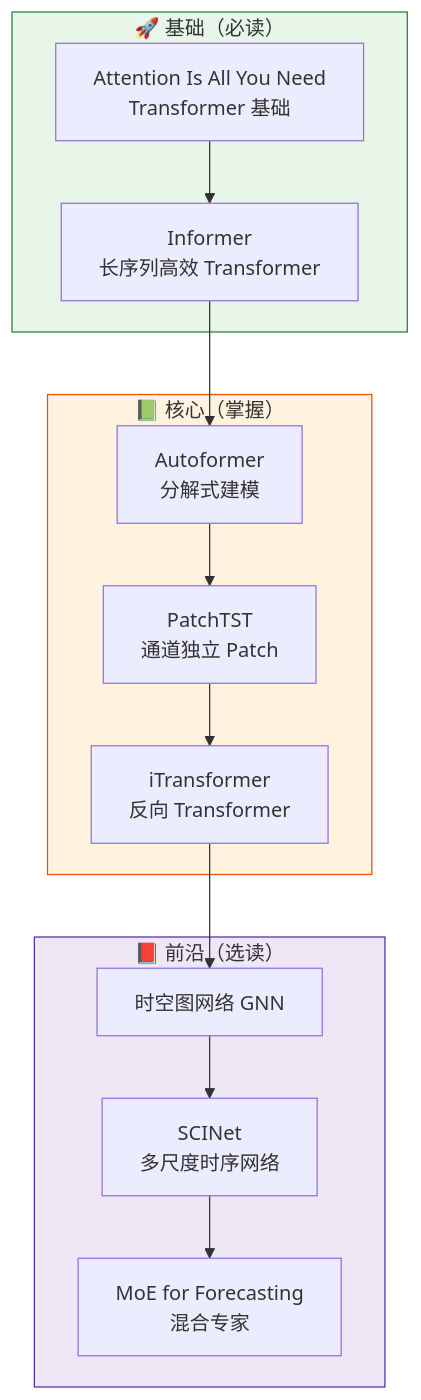
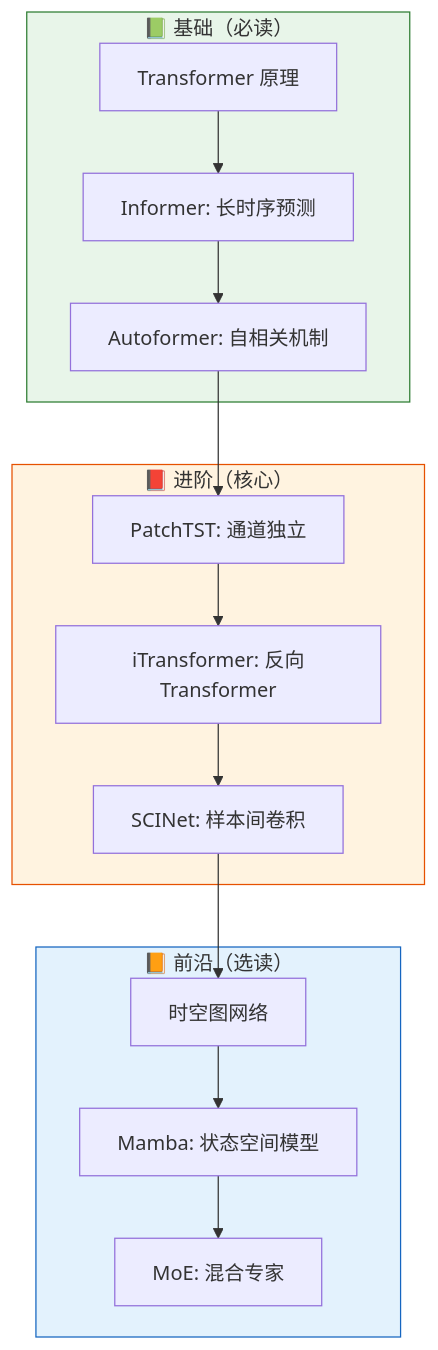
One commit to GroupeChou/paper-learning-hub changed the diagram in site/docs/tracks/forecasting/index.md. Above: the diagram before and after it, drawn with Mermaid. The commit also changed other lines of this file and 65 other files, not shown here.

````diff
--- a/site/docs/tracks/forecasting/index.md
+++ b/site/docs/tracks/forecasting/index.md
@@ -31,26 +30,28 @@
 ```mermaid
 flowchart TD
-    subgraph 基础["🚀 基础（必读）"]
-        F1["Attention Is All You Need\nTransformer 基础"]
-        F2["Informer\n长序列高效 Transformer"]
+    subgraph 基础["📗 基础（必读）"]
+        A1["Transformer 原理"]
+        A2["Informer: 长时序预测"]
+        A3["Autoformer: 自相关机制"]
     end
 
-    subgraph 核心["📗 核心（掌握）"]
-        F3["Autoformer\n分解式建模"]
-        F4["PatchTST\n通道独立 Patch"]
-        F5["iTransformer\n反向 Transformer"]
+    subgraph 进阶["📕 进阶（核心）"]
+        B1["PatchTST: 通道独立"]
+        B2["iTransformer: 反向Transformer"]
+        B3["SCINet: 样本间卷积"]
     end
 
-    subgraph 前沿["📕 前沿（选读）"]
-        G1["时空图网络 GNN"]
-        G2["SCINet\n多尺度时序网络"]
-        G3["MoE for Forecasting\n混合专家"]
+    subgraph 前沿["📙 前沿（选读）"]
+        C1["时空图网络"]
+        C2["Mamba: 状态空间模型"]
+        C3["MoE: 混合专家"]
     end
 
-    F1 --> F2 --> F3 --> F4 --> F5
-    F5 --> G1 --> G2 --> G3
+    A1 --> A2 --> A3
+    A3 --> B1 --> B2 --> B3
+    B3 --> C1 --> C2 --> C3
 
     style 基础 fill:#e8f5e9,stroke:#2e7d32
-    style 核心 fill:#fff3e0,stroke:#e65100
-    style 前沿 fill:#ede7f6,stroke:#512da8
+    style 进阶 fill:#fff3e0,stroke:#e65100
+    style 前沿 fill:#e3f2fd,stroke:#1565c0
 ```
````
